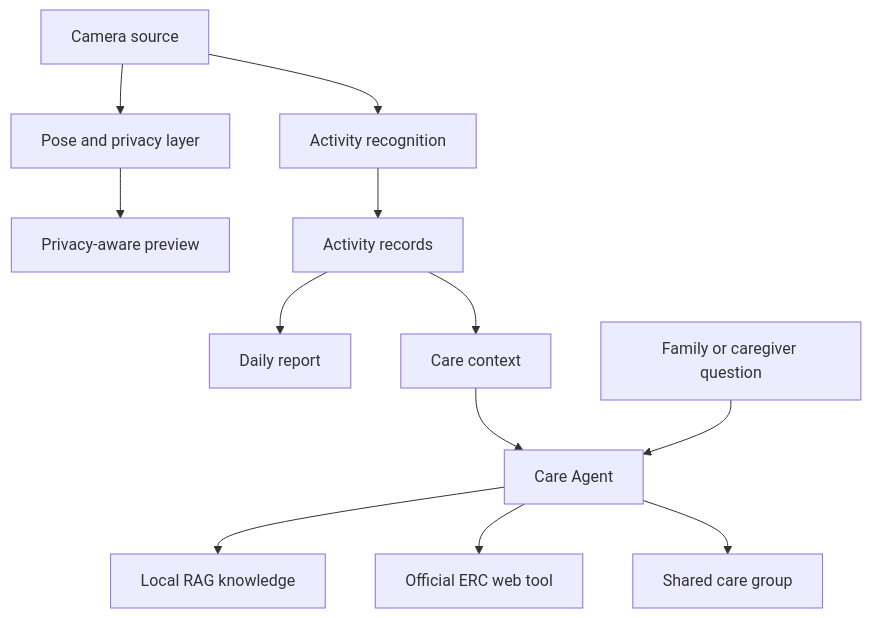
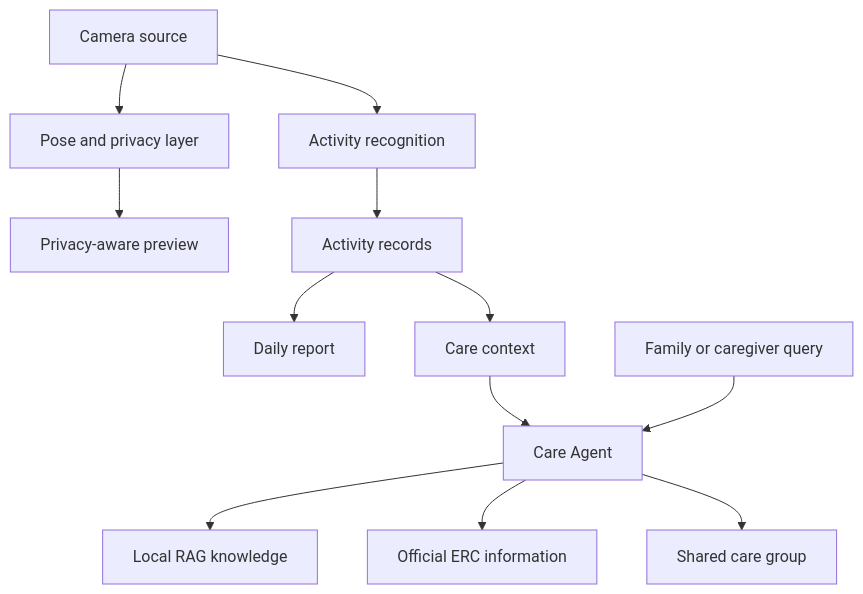
Before and after one commit to HenryyyW/ElderCare-showcase: the diagram in docs/architecture.md, drawn with Mermaid. The commit also changed other lines of this file and 5 other files, not shown here.

````diff
--- a/docs/architecture.md
+++ b/docs/architecture.md
@@ -7,14 +7,14 @@
 ```mermaid
 flowchart TD
     A[Camera source] --> B[Pose and privacy layer]
     A --> C[Activity recognition]
     B --> D[Privacy-aware preview]
     C --> E[Activity records]
     E --> F[Daily report]
     E --> G[Care context]
     G --> H[Care Agent]
-    I[Family or caregiver question] --> H
+    I[Family or caregiver query] --> H
     H --> J[Local RAG knowledge]
-    H --> K[Official ERC web tool]
+    H --> K[Official ERC information]
     H --> L[Shared care group]
 ```
````
